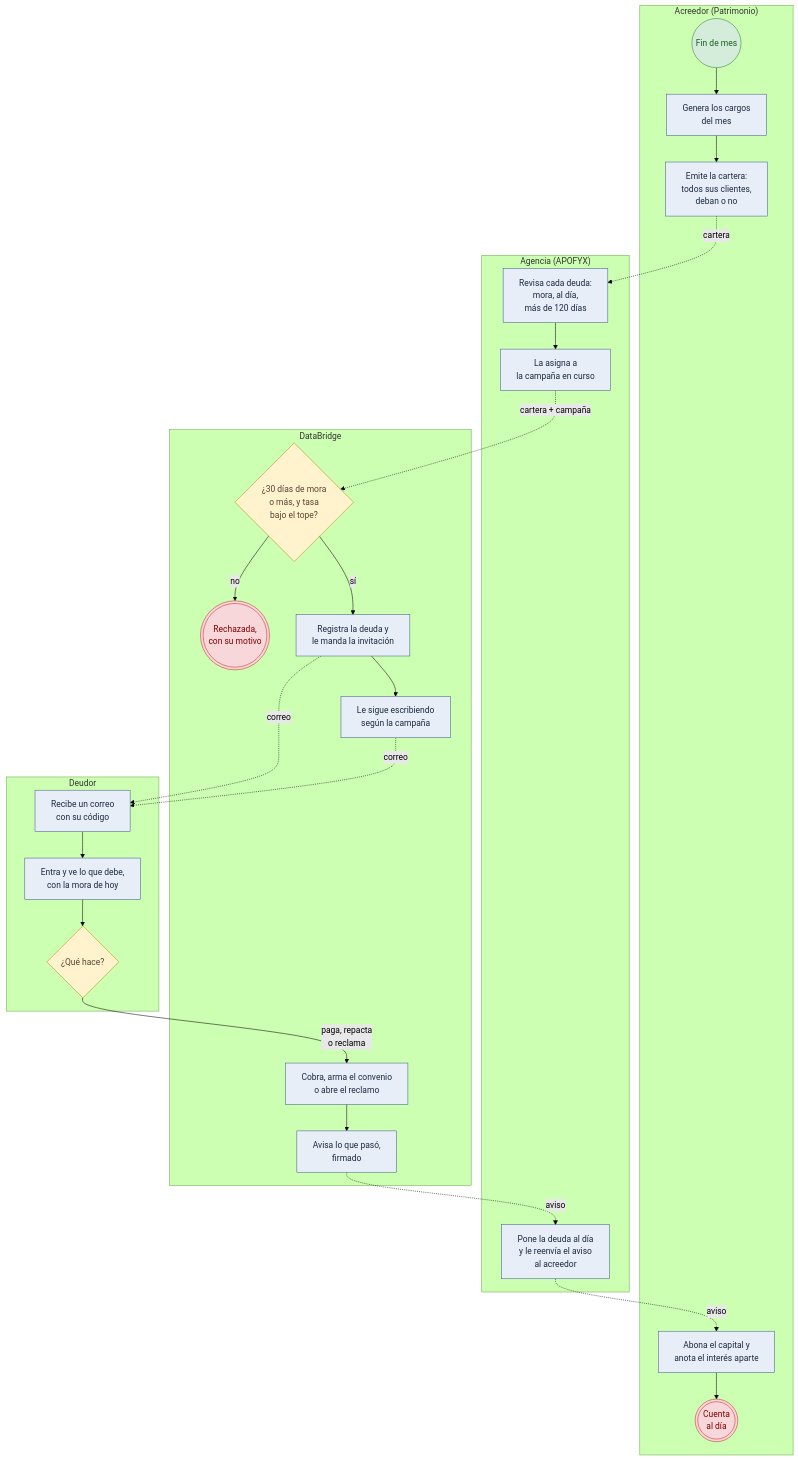
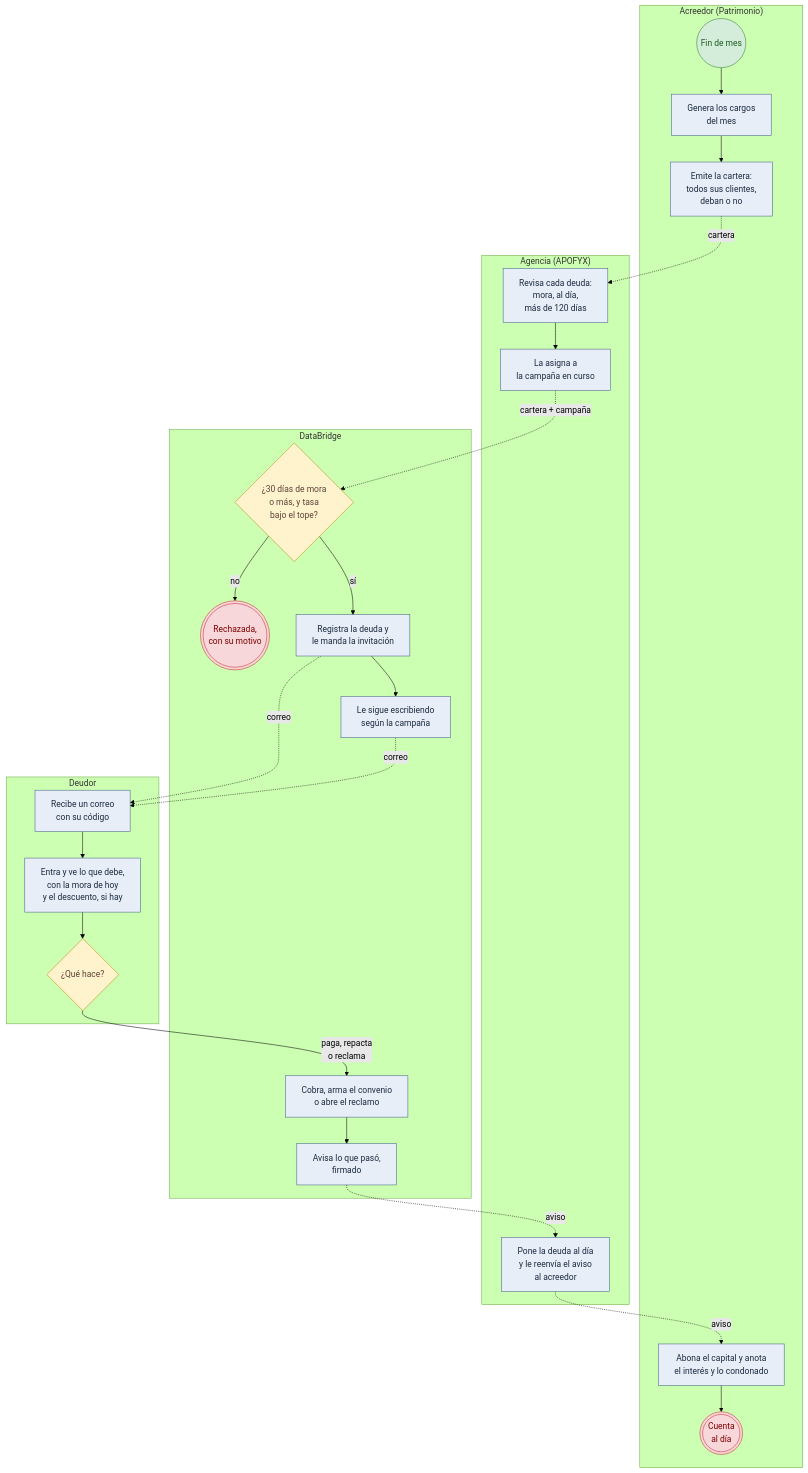
One commit to TechnicalBridge/TB_web changed the eighth of 15 diagrams in README.md. Above: the diagram before and after it, drawn with Mermaid (forest theme). The commit also changed other lines of this file, not shown here.

Commit message:
docs: Poner al día las vistas 4+1 con lo que cambió desde el 7 de octubre

````diff
--- a/README.md
+++ b/README.md
@@ -1039,36 +1043,36 @@
 ```mermaid
 flowchart TB
     classDef inicio fill:#d4edda,stroke:#2e7d32,color:#1b5e20
     classDef fin fill:#f8d7da,stroke:#c62828,color:#7f0000
     classDef decision fill:#fff3cd,stroke:#b8860b,color:#5d4037
     classDef tarea fill:#e8eef7,stroke:#3f5f8a,color:#1a2a40
 
     subgraph PAT["Acreedor (Patrimonio)"]
         P0(("Fin de mes")):::inicio --> P1["Genera los cargos<br/>del mes"]:::tarea --> P2["Emite la cartera:<br/>todos sus clientes,<br/>deban o no"]:::tarea
-        P9["Abona el capital y<br/>anota el interés aparte"]:::tarea --> P10((("Cuenta<br/>al día"))):::fin
+        P9["Abona el capital y anota<br/>el interés y lo condonado"]:::tarea --> P10((("Cuenta<br/>al día"))):::fin
     end
 
     subgraph APX["Agencia (APOFYX)"]
         A1["Revisa cada deuda:<br/>mora, al día,<br/>más de 120 días"]:::tarea --> A2["La asigna a<br/>la campaña en curso"]:::tarea
         A8["Pone la deuda al día<br/>y le reenvía el aviso<br/>al acreedor"]:::tarea
     end
 
     subgraph DB["DataBridge"]
         D1{"¿30 días de mora<br/>o más, y tasa<br/>bajo el tope?"}:::decision
         D1 -->|no| DX((("Rechazada,<br/>con su motivo"))):::fin
         D1 -->|sí| D2["Registra la deuda y<br/>le manda la invitación"]:::tarea --> D3["Le sigue escribiendo<br/>según la campaña"]:::tarea
         D5["Cobra, arma el convenio<br/>o abre el reclamo"]:::tarea --> D6["Avisa lo que pasó,<br/>firmado"]:::tarea
     end
 
     subgraph DEU["Deudor"]
-        U1["Recibe un correo<br/>con su código"]:::tarea --> U2["Entra y ve lo que debe,<br/>con la mora de hoy"]:::tarea --> U3{"¿Qué hace?"}:::decision
+        U1["Recibe un correo<br/>con su código"]:::tarea --> U2["Entra y ve lo que debe,<br/>con la mora de hoy<br/>y el descuento, si hay"]:::tarea --> U3{"¿Qué hace?"}:::decision
     end
 
     P2 -. "cartera" .-> A1
     A2 -. "cartera + campaña" .-> D1
     D2 -. "correo" .-> U1
     D3 -. "correo" .-> U1
     U3 -->|"paga, repacta<br/>o reclama"| D5
     D6 -. "aviso" .-> A8
     A8 -. "aviso" .-> P9
 ```
````
